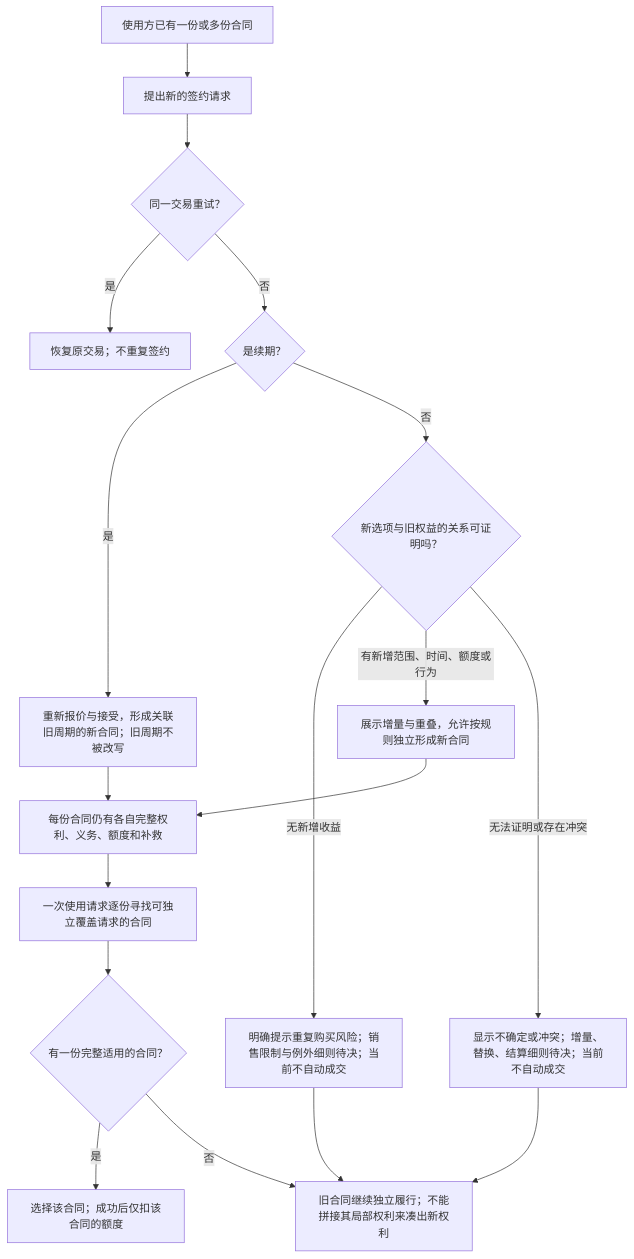
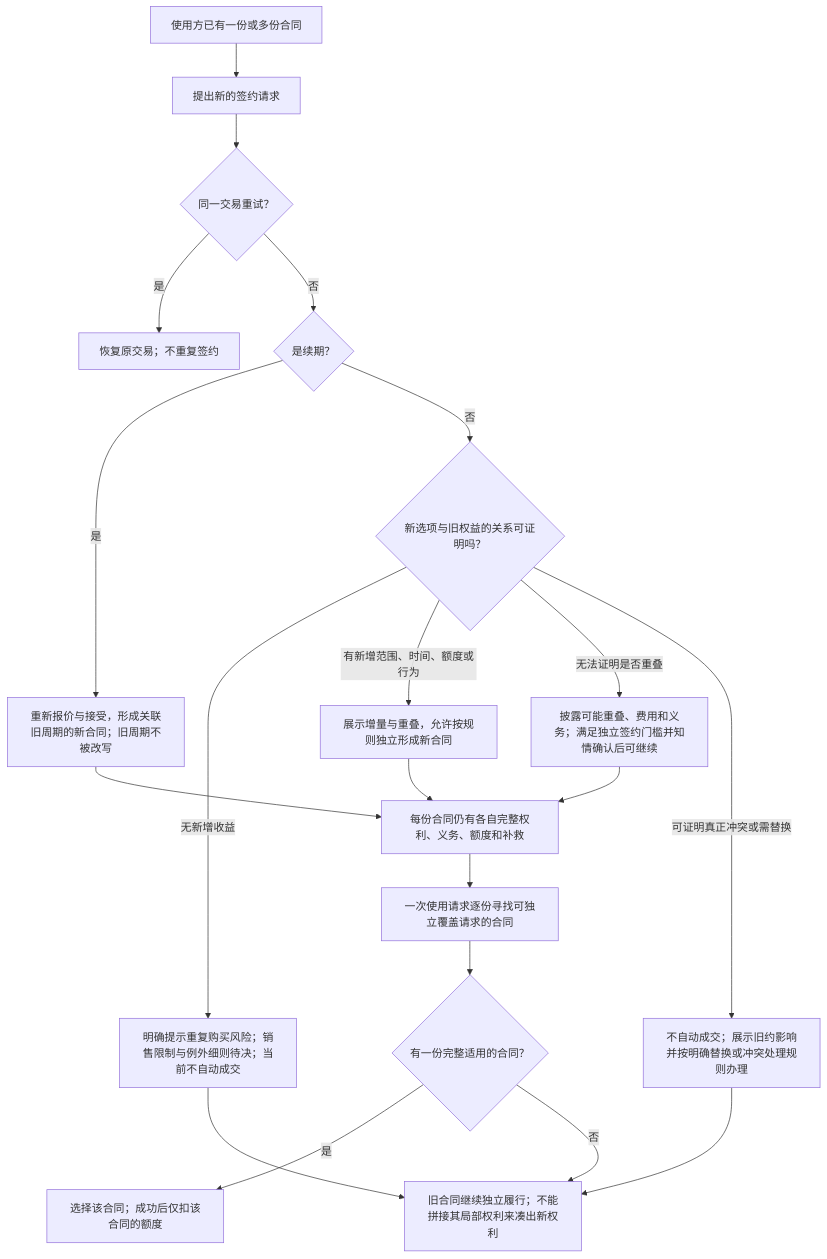
The tenth of 13 diagrams in docs/授权产品模型与策略合约设计/17-从核心到复杂的授权流程图解.md (freelogfe/freelog-runtime-cli), drawn with Mermaid before and after one commit. The commit also changed other lines of this file and 9 other files, not shown here.

````diff
--- a/docs/授权产品模型与策略合约设计/17-从核心到复杂的授权流程图解.md
+++ b/docs/授权产品模型与策略合约设计/17-从核心到复杂的授权流程图解.md
@@ -168,20 +170,22 @@
 ```mermaid
 flowchart TD
     A["使用方已有一份或多份合同"] --> B["提出新的签约请求"]
     B --> C{同一交易重试？}
     C -->|是| D["恢复原交易；不重复签约"]
     C -->|否| E{是续期？}
     E -->|是| F["重新报价与接受，形成关联旧周期的新合同；旧周期不被改写"]
     E -->|否| G{新选项与旧权益的关系可证明吗？}
     G -->|无新增收益| H["明确提示重复购买风险；销售限制与例外细则待决；当前不自动成交"]
     G -->|有新增范围、时间、额度或行为| I["展示增量与重叠，允许按规则独立形成新合同"]
-    G -->|无法证明或存在冲突| J["显示不确定或冲突；增量、替换、结算细则待决；当前不自动成交"]
+    G -->|无法证明是否重叠| J["披露可能重叠、费用和义务；满足独立签约门槛并知情确认后可继续"]
+    G -->|可证明真正冲突或需替换| P["不自动成交；展示旧约影响并按明确替换或冲突处理规则办理"]
     F --> K["每份合同仍有各自完整权利、义务、额度和补救"]
     I --> K
+    J --> K
     H --> O["旧合同继续独立履行；不能拼接其局部权利来凑出新权利"]
-    J --> O
+    P --> O
     K --> L["一次使用请求逐份寻找可独立覆盖请求的合同"]
     L --> M{有一份完整适用的合同？}
     M -->|是| N["选择该合同；成功后仅扣该合同的额度"]
     M -->|否| O
 ```
````
